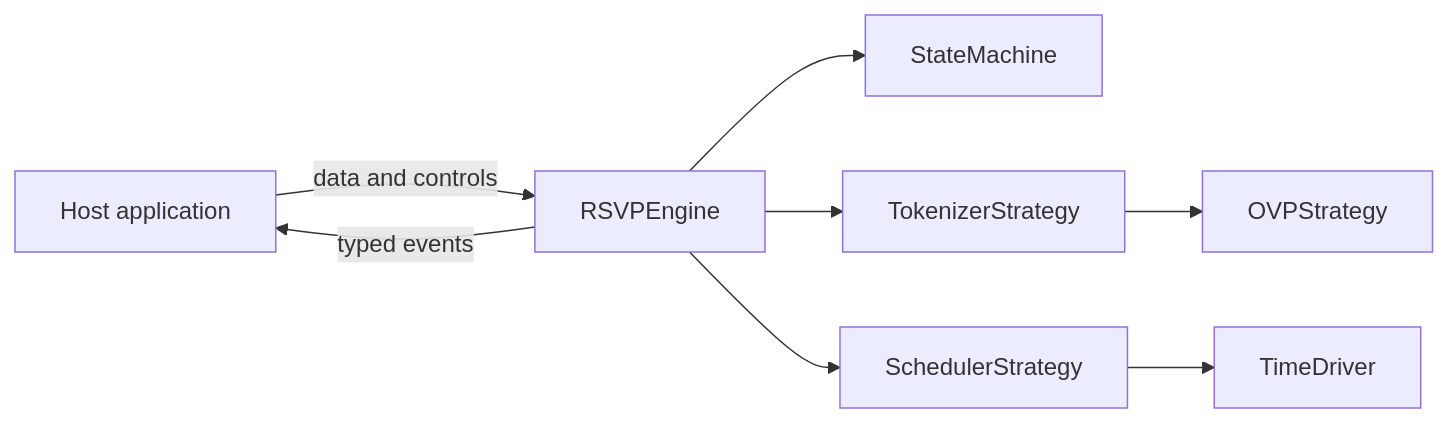
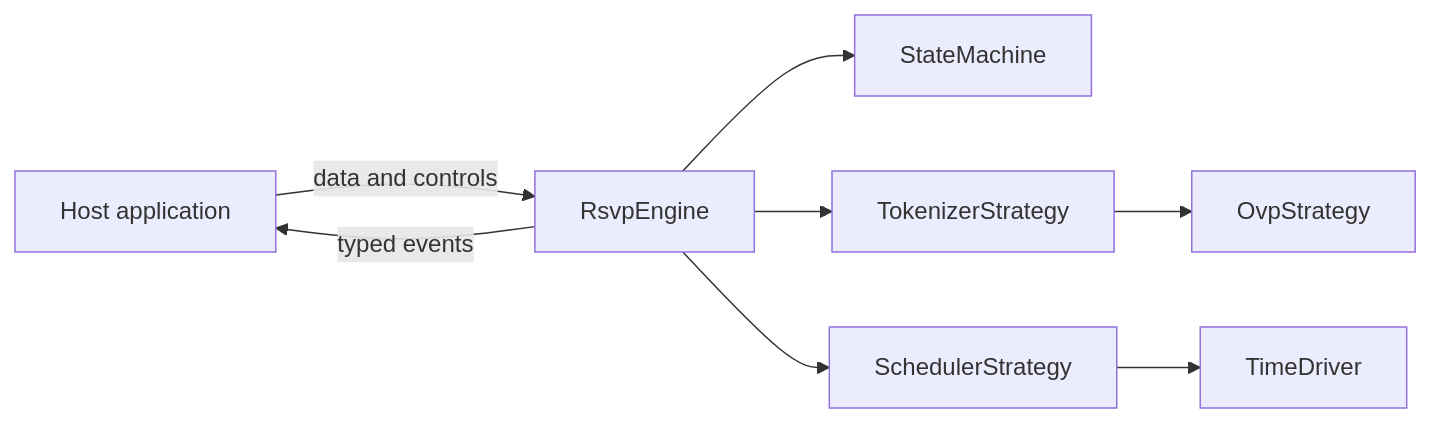
The diagram in packages/core/docs/architecture/README.md (altunmustafa/rsvp-engine), drawn with Mermaid before and after one commit. The commit also changed other lines of this file and 39 other files, not shown here.

````diff
--- a/packages/core/docs/architecture/README.md
+++ b/packages/core/docs/architecture/README.md
@@ -7,10 +7,10 @@
 ```mermaid
 flowchart LR
-    Host["Host application"] -->|"data and controls"| Engine["RSVPEngine"]
+    Host["Host application"] -->|"data and controls"| Engine["RsvpEngine"]
     Engine --> State["StateMachine"]
     Engine --> Tokenizer["TokenizerStrategy"]
-    Tokenizer --> OVP["OVPStrategy"]
+    Tokenizer --> OVP["OvpStrategy"]
     Engine --> Scheduler["SchedulerStrategy"]
     Scheduler --> Driver["TimeDriver"]
     Engine -->|"typed events"| Host
 ```
````
